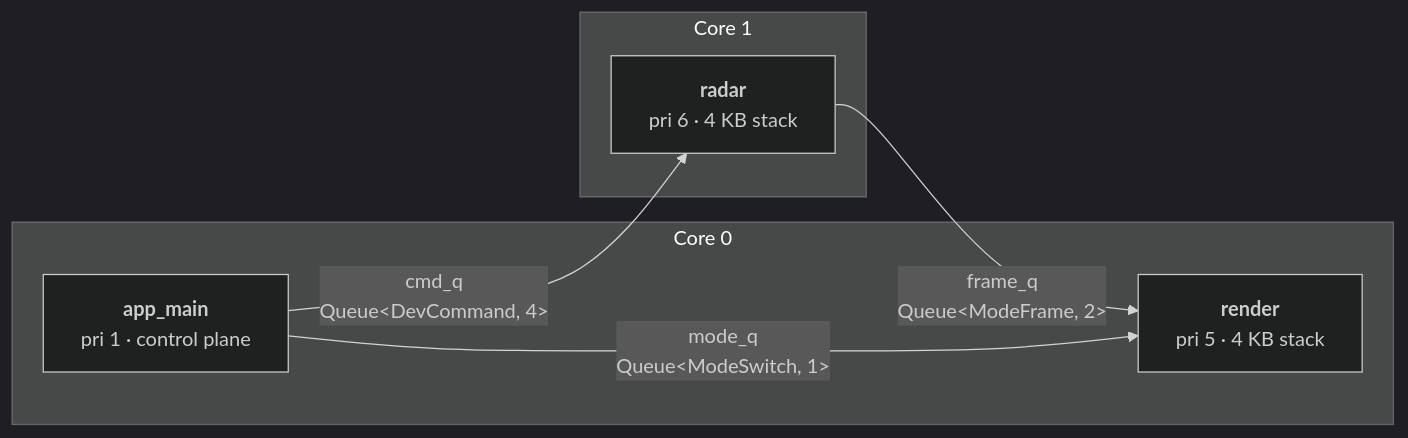
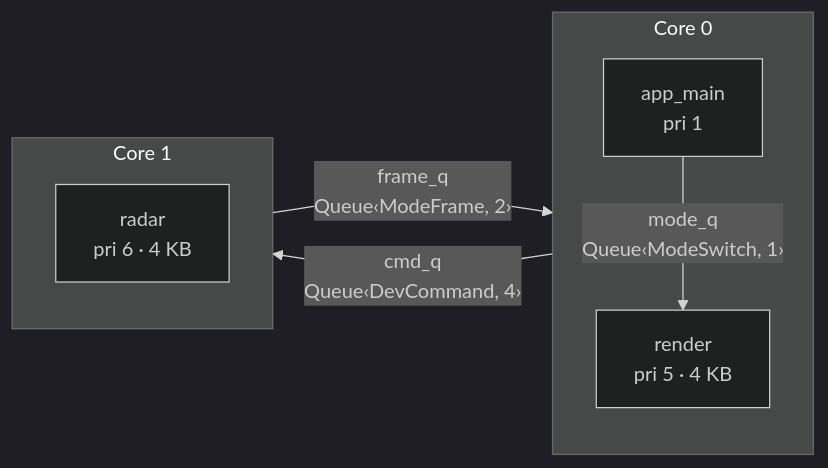
The second of 10 diagrams in docs/software-design.md (IanEngebrecht/EyeN), drawn with Mermaid (dark theme) before and after one commit. The commit also changed other lines of this file, not shown here.

First line of the commit message:
docs: improve architecture and concurrency diagrams

````diff
--- a/docs/software-design.md
+++ b/docs/software-design.md
@@ -45,15 +50,17 @@
 ```mermaid
 graph LR
-    subgraph "Core 1"
-        RADAR["<b>radar</b>\npri 6 · 4 KB stack"]
+    subgraph CORE0["Core 0"]
+        direction TB
+        RENDER["render\npri 5 · 4 KB"]
+        CTRL["app_main\npri 1"]
     end
 
-    subgraph "Core 0"
-        RENDER["<b>render</b>\npri 5 · 4 KB stack"]
-        CTRL["<b>app_main</b>\npri 1 · control plane"]
+    subgraph CORE1["Core 1"]
+        direction TB
+        RADAR["radar\npri 6 · 4 KB"]
     end
 
-    RADAR -- "frame_q\nQueue&lt;ModeFrame, 2&gt;" --> RENDER
-    CTRL -- "cmd_q\nQueue&lt;DevCommand, 4&gt;" --> RADAR
-    CTRL -- "mode_q\nQueue&lt;ModeSwitch, 1&gt;" --> RENDER
+    RADAR -- "frame_q\nQueue‹ModeFrame, 2›" --> RENDER
+    CTRL -- "cmd_q\nQueue‹DevCommand, 4›" --> RADAR
+    CTRL -- "mode_q\nQueue‹ModeSwitch, 1›" --> RENDER
 ```
````
